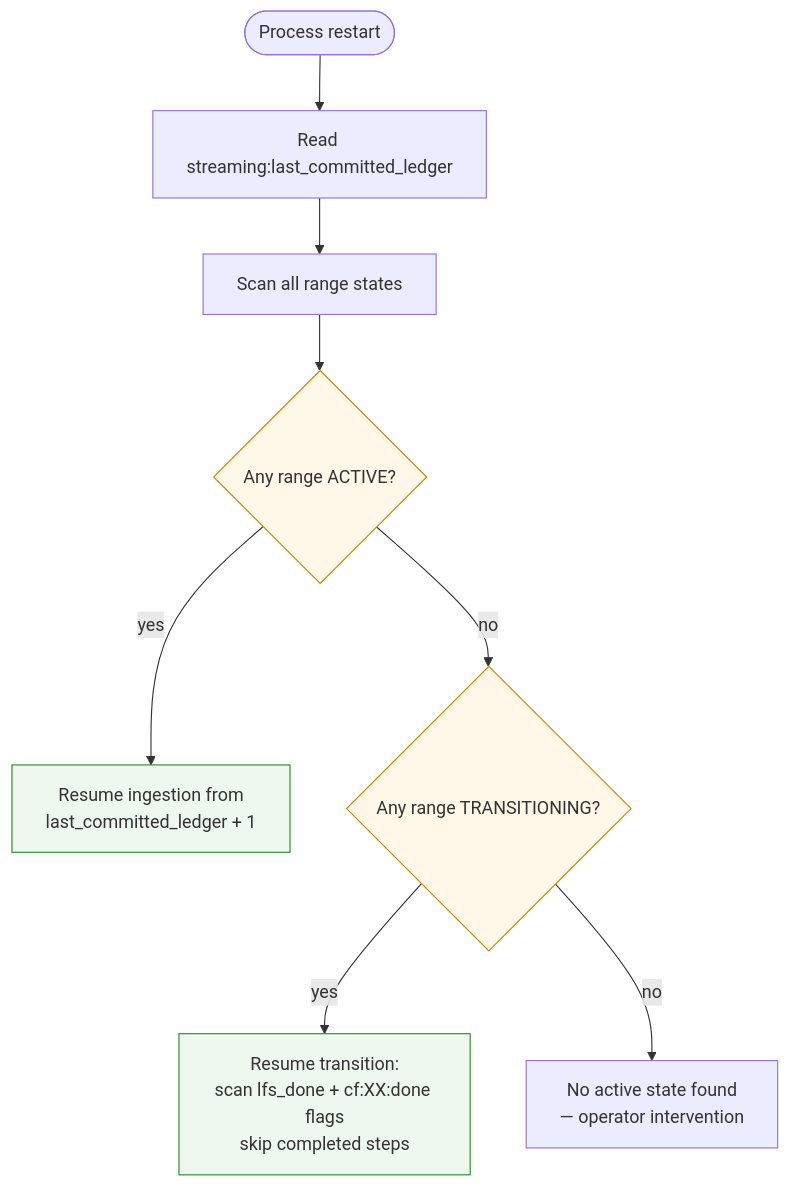
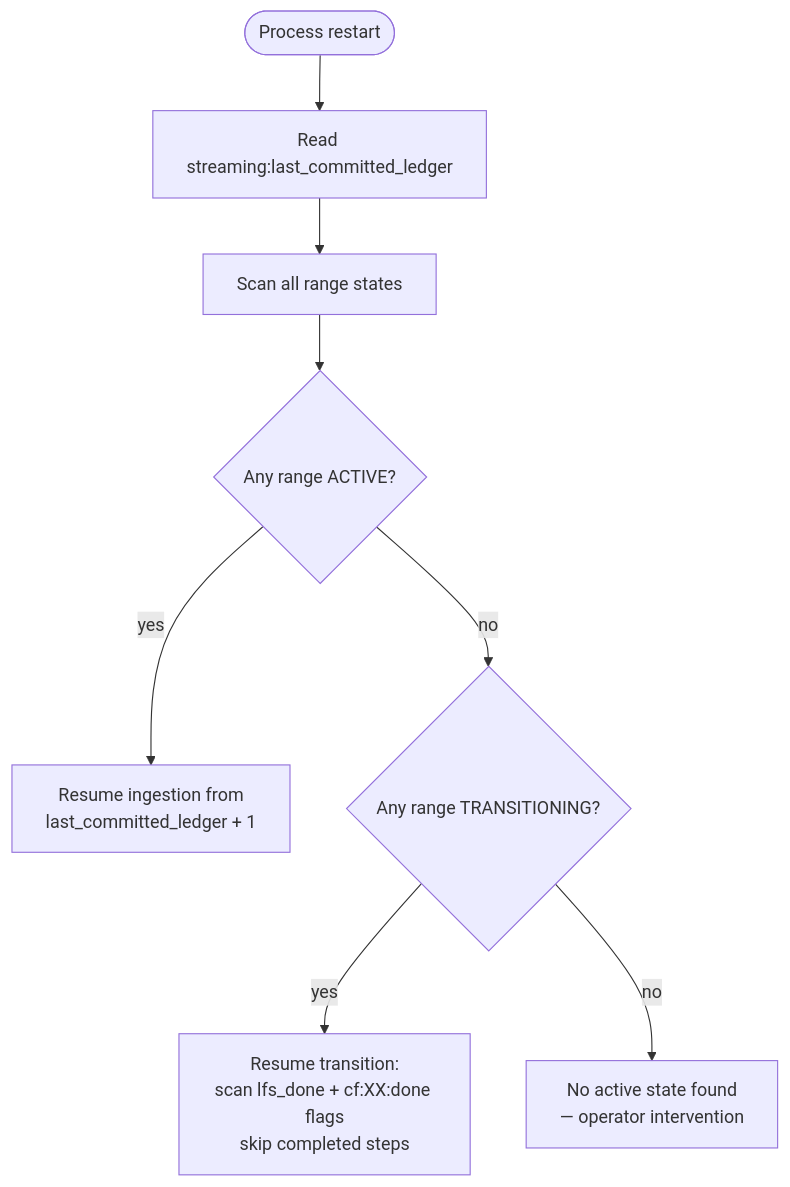
The eighth of 8 diagrams in design-docs-v2/01-architecture-overview.md (karthikiyer56/stellar-full-history-ingestion), drawn with Mermaid before and after one commit. The commit also changed other lines of this file and 17 other files, not shown here.

````diff
--- a/design-docs-v2/01-architecture-overview.md
+++ b/design-docs-v2/01-architecture-overview.md
@@ -295,13 +276,10 @@
 ```mermaid
 flowchart TD
-    classDef decision fill:#fff8e8,stroke:#cc8800
-    classDef action fill:#eef8ee,stroke:#228b22
-
     START(["Process restart"]) --> READ_LCL["Read streaming:last_committed_ledger"]
     READ_LCL --> SCAN_RANGES2["Scan all range states"]
-    SCAN_RANGES2 --> CHECK_ACTIVE{Any range ACTIVE?}:::decision
-    CHECK_ACTIVE -->|yes| RESUME_INGEST["Resume ingestion from\nlast_committed_ledger + 1"]:::action
-    CHECK_ACTIVE -->|no| CHECK_TRANS{Any range TRANSITIONING?}:::decision
-    CHECK_TRANS -->|yes| RESUME_TRANS["Resume transition:\nscan lfs_done + cf:XX:done flags\nskip completed steps"]:::action
+    SCAN_RANGES2 --> CHECK_ACTIVE{Any range ACTIVE?}
+    CHECK_ACTIVE -->|yes| RESUME_INGEST["Resume ingestion from\nlast_committed_ledger + 1"]
+    CHECK_ACTIVE -->|no| CHECK_TRANS{Any range TRANSITIONING?}
+    CHECK_TRANS -->|yes| RESUME_TRANS["Resume transition:\nscan lfs_done + cf:XX:done flags\nskip completed steps"]
     CHECK_TRANS -->|no| ERROR["No active state found\n— operator intervention"]
 ```
````
